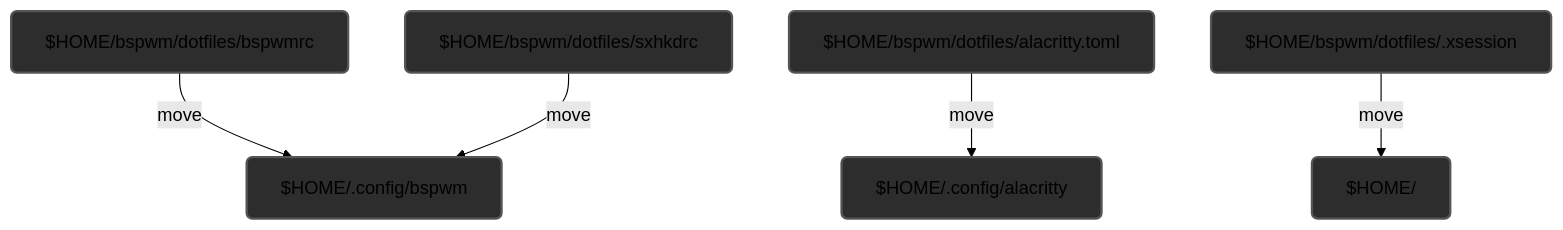
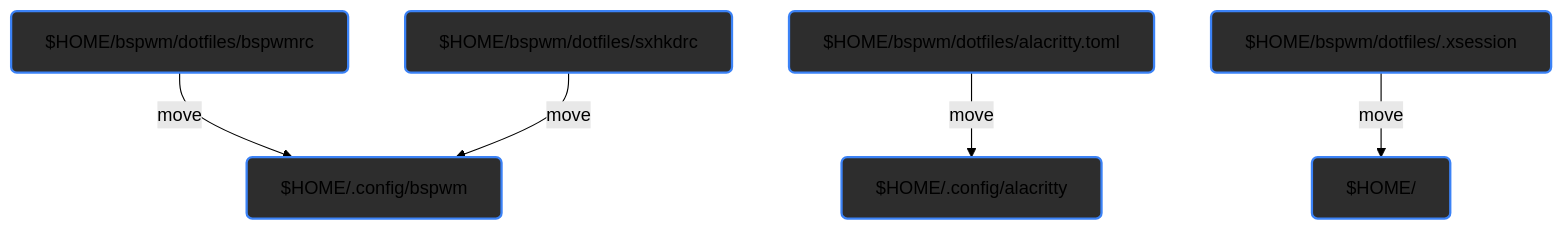
The diagram in README.md (driversline/dotfiles), drawn with Mermaid (forest theme) before and after one commit.

````diff
--- a/README.md
+++ b/README.md
@@ -9,15 +9,15 @@
 ```mermaid
 graph TD;
-    style bspwmrc fill:#2d2d2d,stroke:#555,stroke-width:2px,rx:5,ry:5;
-    style sxhkdrc fill:#2d2d2d,stroke:#555,stroke-width:2px,rx:5,ry:5;
-    style alacritty_toml fill:#2d2d2d,stroke:#555,stroke-width:2px,rx:5,ry:5;
-    style xsession fill:#2d2d2d,stroke:#555,stroke-width:2px,rx:5,ry:5;
-    style bspwm_config fill:#2d2d2d,stroke:#555,stroke-width:2px,rx:5,ry:5;
-    style alacritty_config fill:#2d2d2d,stroke:#555,stroke-width:2px,rx:5,ry:5;
-    style home fill:#2d2d2d,stroke:#555,stroke-width:2px,rx:5,ry:5;
+    style bspwmrc fill:#2d2d2d,stroke:#3b82f6,stroke-width:2px,rx:5,ry:5;
+    style sxhkdrc fill:#2d2d2d,stroke:#3b82f6,stroke-width:2px,rx:5,ry:5;
+    style alacritty_toml fill:#2d2d2d,stroke:#3b82f6,stroke-width:2px,rx:5,ry:5;
+    style xsession fill:#2d2d2d,stroke:#3b82f6,stroke-width:2px,rx:5,ry:5;
+    style bspwm_config fill:#2d2d2d,stroke:#3b82f6,stroke-width:2px,rx:5,ry:5;
+    style alacritty_config fill:#2d2d2d,stroke:#3b82f6,stroke-width:2px,rx:5,ry:5;
+    style home fill:#2d2d2d,stroke:#3b82f6,stroke-width:2px,rx:5,ry:5;
 
     bspwmrc["$HOME/bspwm/dotfiles/bspwmrc"] -->|move| bspwm_config["$HOME/.config/bspwm"]
     sxhkdrc["$HOME/bspwm/dotfiles/sxhkdrc"] -->|move| bspwm_config
     alacritty_toml["$HOME/bspwm/dotfiles/alacritty.toml"] -->|move| alacritty_config["$HOME/.config/alacritty"]
     xsession["$HOME/bspwm/dotfiles/.xsession"] -->|move| home["$HOME/"]
 ```
````
